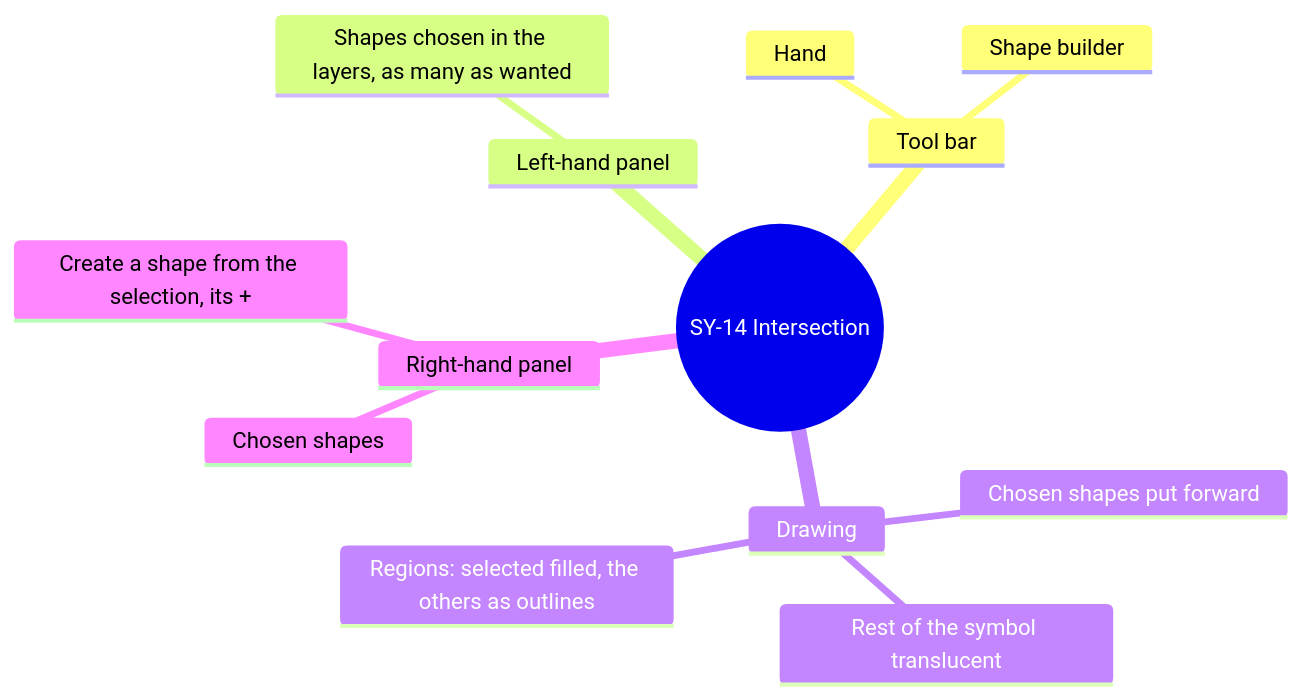
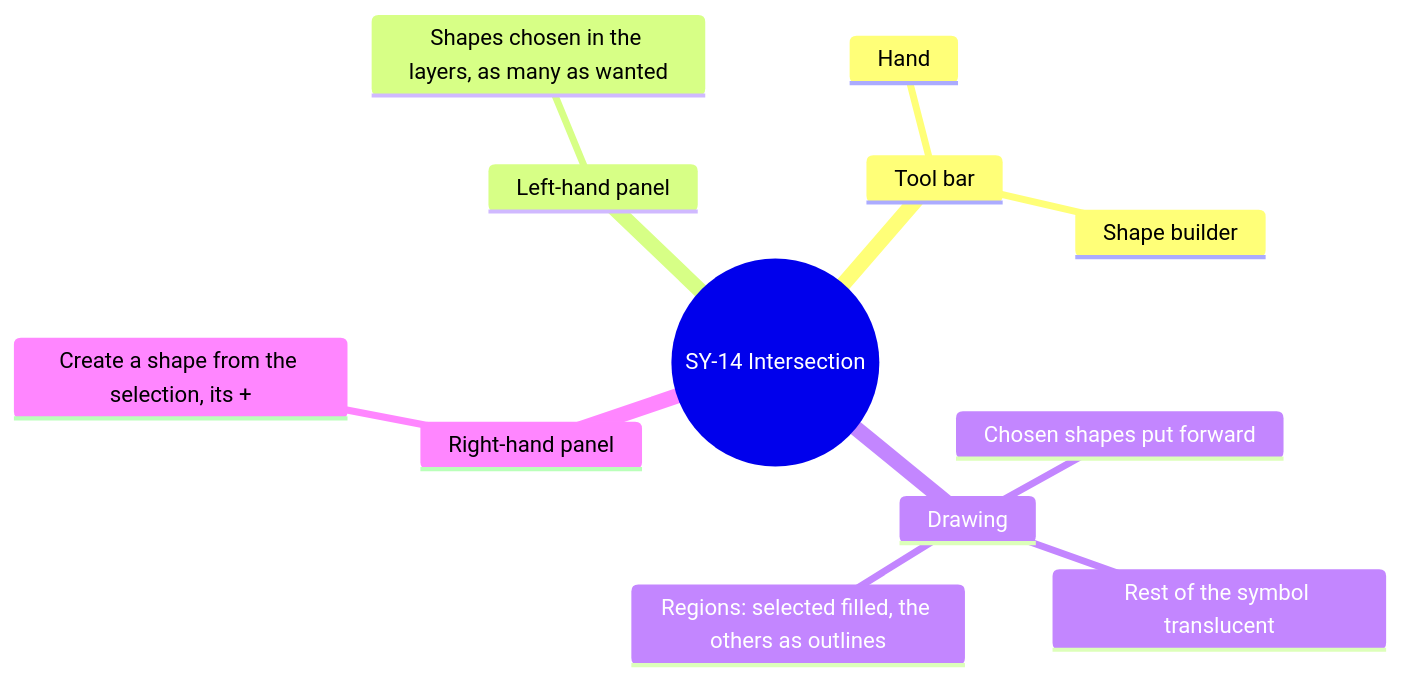
One commit to AlexandreGallais/synoptic-studio-spec changed diagram 15 of 16 in screens/symbols.md. Above: the diagram before and after it, drawn with Mermaid. The commit also changed other lines of this file and 5 other files, not shown here.

````diff
--- a/screens/symbols.md
+++ b/screens/symbols.md
@@ -647,16 +649,15 @@
 ```mermaid
 mindmap
   root((SY-14 Intersection))
     Tool bar
       Hand
       Shape builder
     Left-hand panel
       Shapes chosen in the layers, as many as wanted
     Drawing
       Chosen shapes put forward
       Rest of the symbol translucent
       Regions: selected filled, the others as outlines
     Right-hand panel
-      Chosen shapes
       Create a shape from the selection, its +
 ```
````
